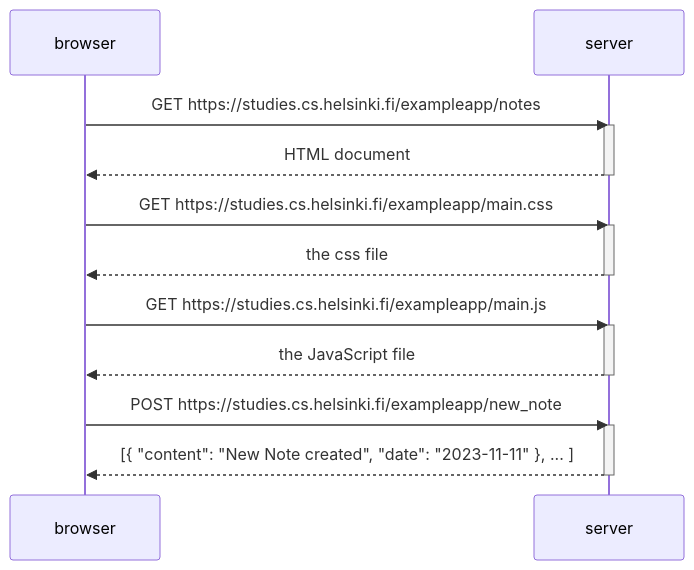
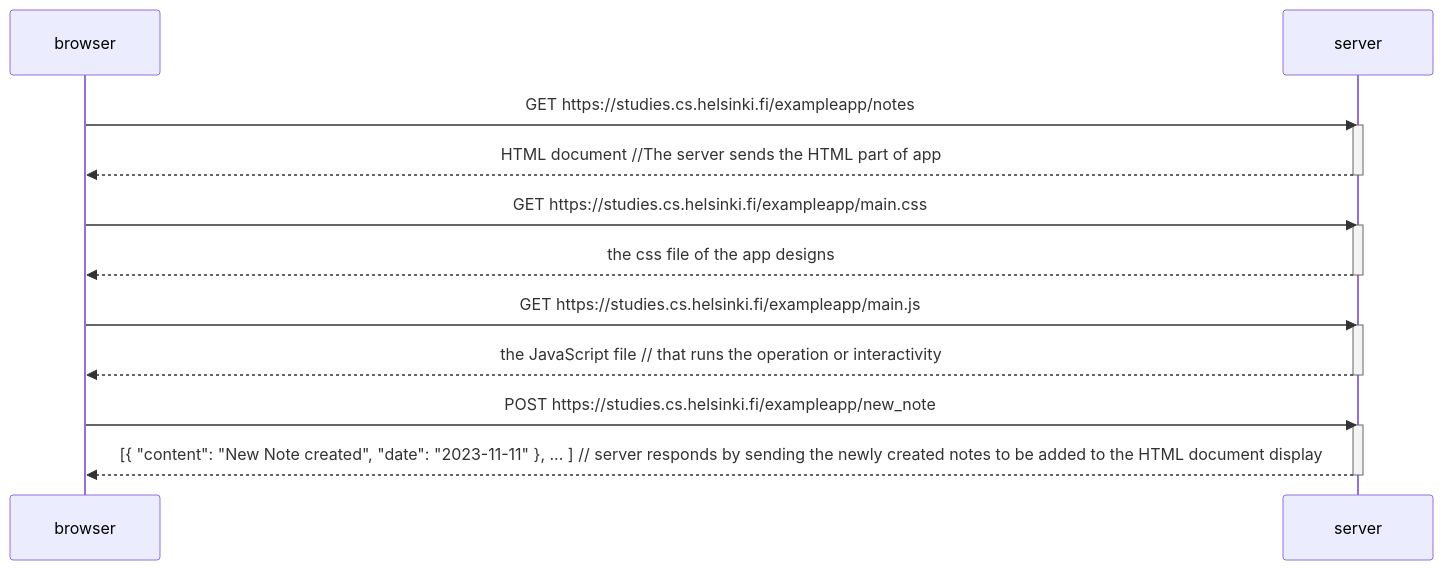
The diagram in README.md (edrickalema/part0), drawn with Mermaid before and after one commit.

````diff
--- a/README.md
+++ b/README.md
@@ -1,26 +1,26 @@
 ```mermaid
 sequenceDiagram
     participant browser
     participant server
 
     browser->>server: GET https://studies.cs.helsinki.fi/exampleapp/notes
     activate server
-    server-->>browser: HTML document
+    server-->>browser: HTML document //The server sends the HTML part of app
     deactivate server
 
     browser->>server: GET https://studies.cs.helsinki.fi/exampleapp/main.css
     activate server
-    server-->>browser: the css file
+    server-->>browser: the css file of the app designs
     deactivate server
 
     browser->>server: GET https://studies.cs.helsinki.fi/exampleapp/main.js
     activate server
-    server-->>browser: the JavaScript file
+    server-->>browser: the JavaScript file // that runs the operation or interactivity
     deactivate server
 
     browser->>server: POST https://studies.cs.helsinki.fi/exampleapp/new_note
     activate server
-    server-->>browser: [{ "content": "New Note created", "date": "2023-11-11" }, ... ]
+    server-->>browser: [{ "content": "New Note created", "date": "2023-11-11" }, ... ] // server responds by sending the newly created notes to be added to the HTML document display
     deactivate server
 
 ```
````
